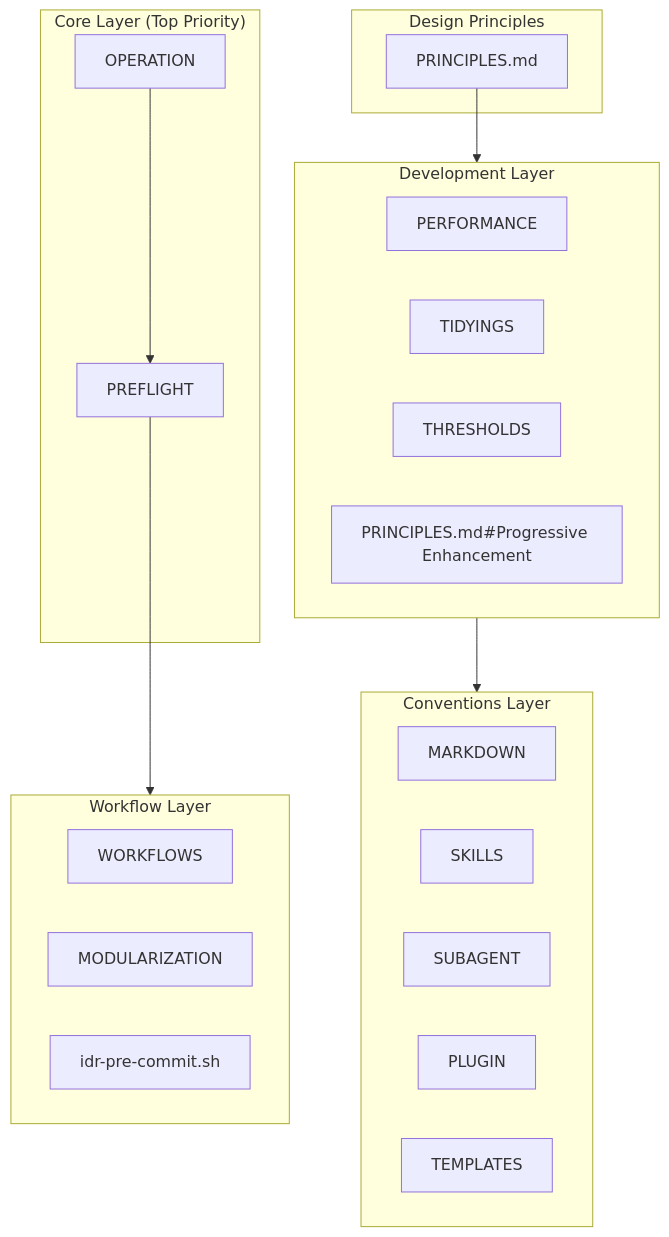
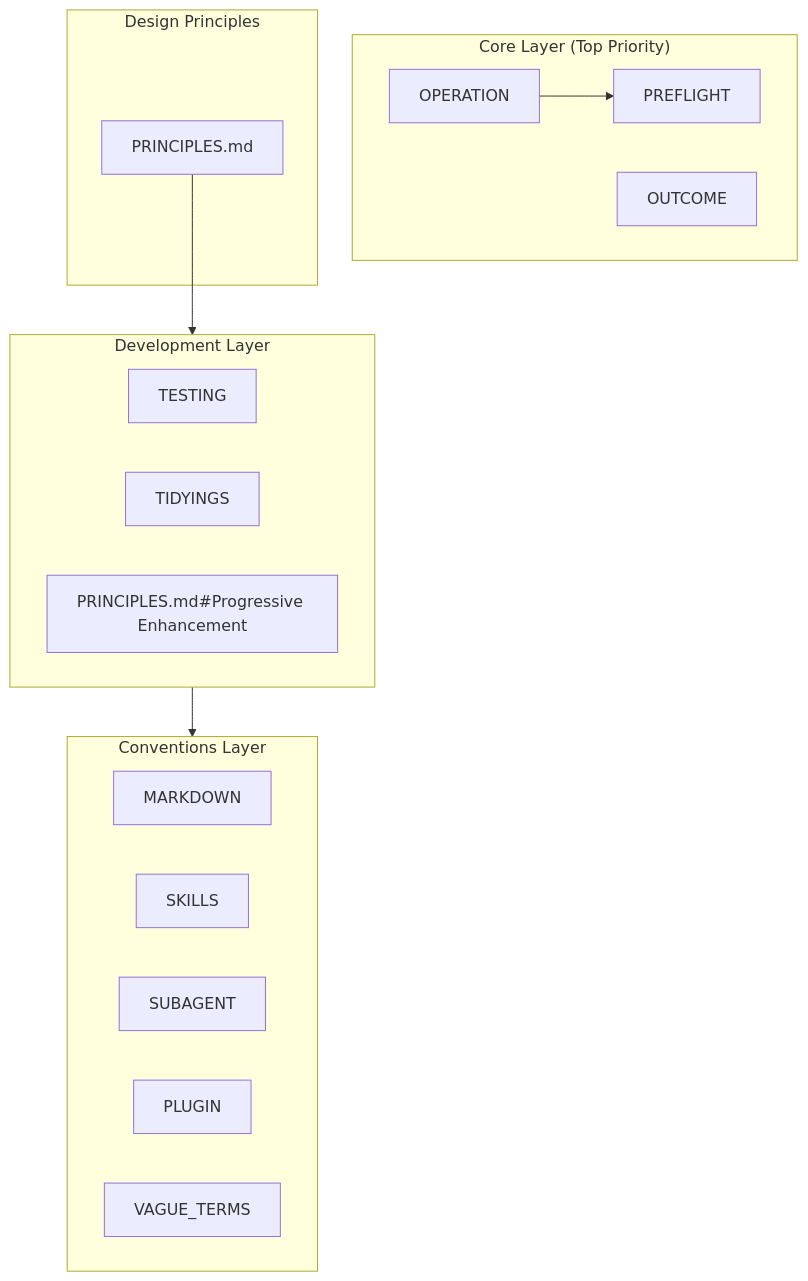
One commit to thkt/dotclaude changed the first of 2 diagrams in .ja/docs/DESIGN.md. Above: the diagram before and after it, drawn with Mermaid. The commit also changed other lines of this file and 207 other files, not shown here.

````diff
--- a/.ja/docs/DESIGN.md
+++ b/.ja/docs/DESIGN.md
@@ -9,37 +9,30 @@
 ```mermaid
 graph TD
     subgraph Core["Core Layer (Top Priority)"]
         OPS[OPERATION]
         PFL[PREFLIGHT]
+        OUT[OUTCOME]
     end
 
     subgraph Principles["Design Principles"]
         P[PRINCIPLES.md]
     end
 
     subgraph Development["Development Layer"]
-        PERF[PERFORMANCE]
+        TEST[TESTING]
         TIDY[TIDYINGS]
-        CODE[THRESHOLDS]
         PROG[PRINCIPLES.md#Progressive Enhancement]
     end
 
     subgraph Conventions["Conventions Layer"]
         MD[MARKDOWN]
         SKILL[SKILLS]
         SUB[SUBAGENT]
         PLUG[PLUGIN]
-        TEMP[TEMPLATES]
-    end
-
-    subgraph Workflows["Workflow Layer"]
-        WG[WORKFLOWS]
-        MOD[MODULARIZATION]
-        IDR[idr-pre-commit.sh]
+        VAGUE[VAGUE_TERMS]
     end
 
     OPS --> PFL
     P --> Development
-    PFL --> Workflows
     Development --> Conventions
 ```
````
